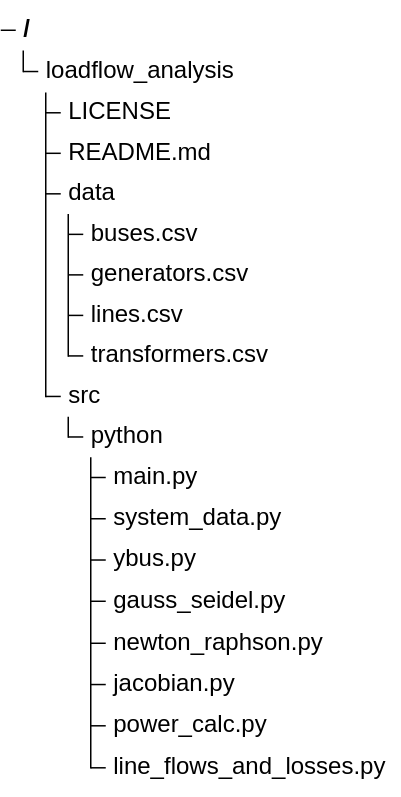
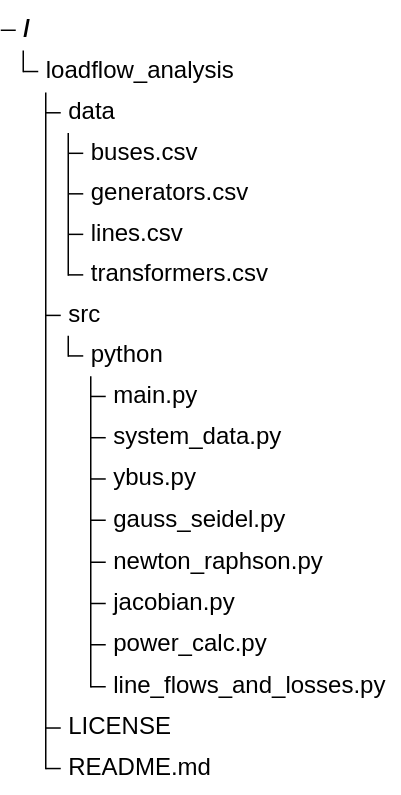
One commit to sai-power-systems/loadflow-analysis-toolkit changed the diagram in README.md. Above: the diagram before and after it, drawn with Mermaid.

Commit message:
treeview

````diff
--- a/README.md
+++ b/README.md
@@ -23,22 +23,22 @@
 ```mermaid
+treeView-beta
+  loadflow_analysis
+    data
+      buses.csv
+      generators.csv
+      lines.csv
+      transformers.csv
+    src
+      python
+        main.py
+        system_data.py
+        ybus.py
+        gauss_seidel.py
+        newton_raphson.py
+        jacobian.py
+        power_calc.py
+        line_flows_and_losses.py
+    LICENSE
+    README.md
 
-treeView-beta
-  "loadflow_analysis"
-    "LICENSE"
-    "README.md"
-    "data"
-      "buses.csv"
-      "generators.csv"
-      "lines.csv"
-      "transformers.csv"
-    "src"
-      "python"
-        "main.py"
-        "system_data.py"
-        "ybus.py"
-        "gauss_seidel.py"
-        "newton_raphson.py"
-        "jacobian.py"
-        "power_calc.py"
-        "line_flows_and_losses.py"
 ```
````
